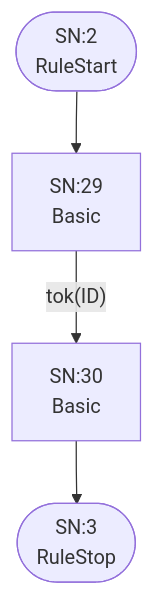
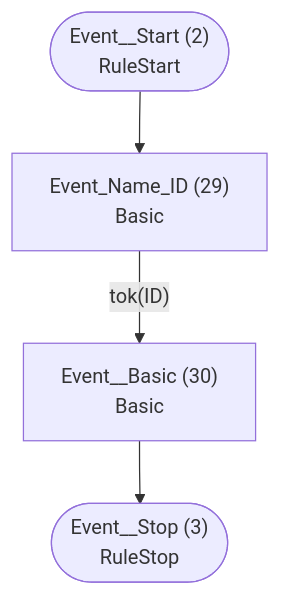
Before and after one commit to TypeFox/fastbelt: the second of 5 diagrams in examples/statemachine/atn.md, drawn with Mermaid. The commit also changed other lines of this file and 26 other files, not shown here.

````diff
--- a/examples/statemachine/atn.md
+++ b/examples/statemachine/atn.md
@@ -58,11 +58,11 @@
 ```mermaid
 flowchart TD
-    q2(["SN:2<br/>RuleStart"])
-    q3(["SN:3<br/>RuleStop"])
-    q29["SN:29<br/>Basic<br/>"]
-    q30["SN:30<br/>Basic<br/>"]
+    q2(["Event__Start (2)<br/>RuleStart"])
+    q3(["Event__Stop (3)<br/>RuleStop"])
+    q29["Event_Name_ID (29)<br/>Basic<br/>"]
+    q30["Event__Basic (30)<br/>Basic<br/>"]
 
     q2 --> q29
     q29 -->|"tok(ID)"| q30
     q30 --> q3
 ```
````
